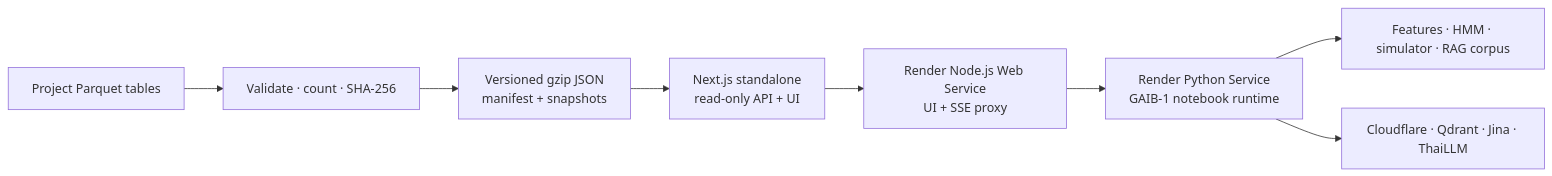
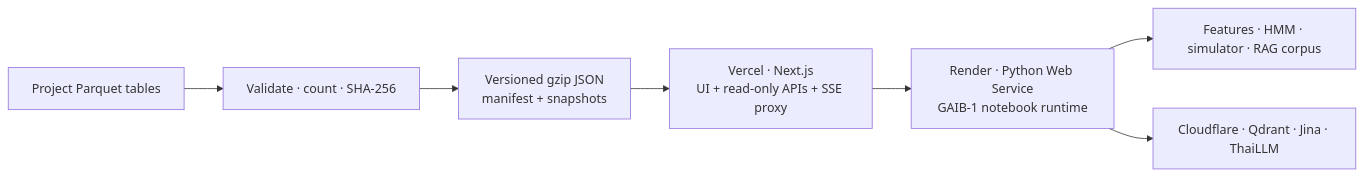
One commit to op71312/gold_assisstant changed the sixth of 7 diagrams in docs/research-methodology.md. Above: the diagram before and after it, drawn with Mermaid. The commit also changed other lines of this file and 13 other files, not shown here.

````diff
--- a/docs/research-methodology.md
+++ b/docs/research-methodology.md
@@ -129,10 +129,9 @@
 ```mermaid
 flowchart LR
   parquet["Project Parquet tables"] --> export["Validate · count · SHA-256"]
   export --> bundle["Versioned gzip JSON<br/>manifest + snapshots"]
-  bundle --> next["Next.js standalone<br/>read-only API + UI"]
-  next --> render["Render Node.js Web Service<br/>UI + SSE proxy"]
-  render --> py["Render Python Service<br/>GAIB-1 notebook runtime"]
+  bundle --> next["Vercel · Next.js<br/>UI + read-only APIs + SSE proxy"]
+  next --> py["Render · Python Web Service<br/>GAIB-1 notebook runtime"]
   py --> artifacts["Features · HMM · simulator · RAG corpus"]
   py --> remote["Cloudflare · Qdrant · Jina · ThaiLLM"]
 ```
````
